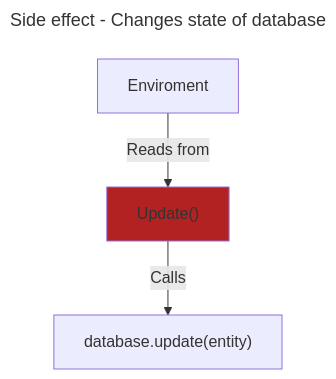
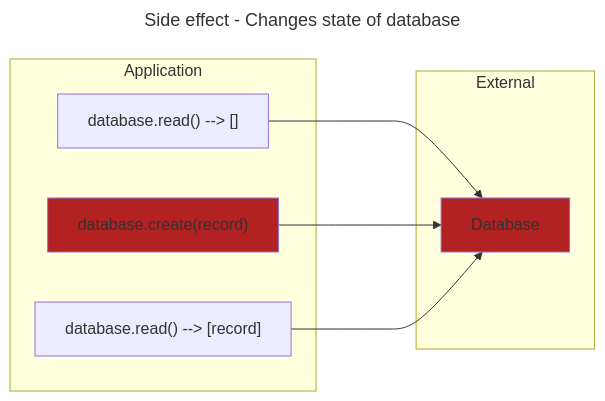
Before and after one commit to grierson/grierson: the fifth of 10 diagrams in structure.md, drawn with Mermaid. The commit also changed other lines of this file, not shown here.

````diff
--- a/structure.md
+++ b/structure.md
@@ -86,9 +92,17 @@
 ```mermaid
 ---
 title: Side effect - Changes state of database
 ---
-flowchart TD
-  style Impure fill:FireBrick
-  Enviroment -- Reads from --> Impure
-  Impure["Update()"] -- Calls --> Database["database.update(entity)"]
+flowchart LR
+  subgraph External
+    Database
+  end
+  style Database fill:FireBrick
+  subgraph Application
+    style Create fill:FireBrick
+    Read1["database.read() --> []"] ---> Database
+    Create["database.create(record)"] ---> Database
+    Read2["database.read() --> [record]"] ---> Database
+  end
+  
 ```
````
